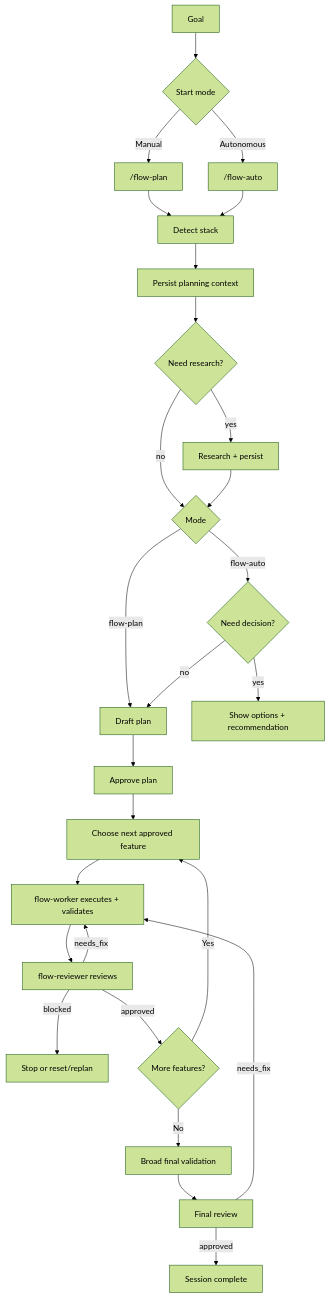
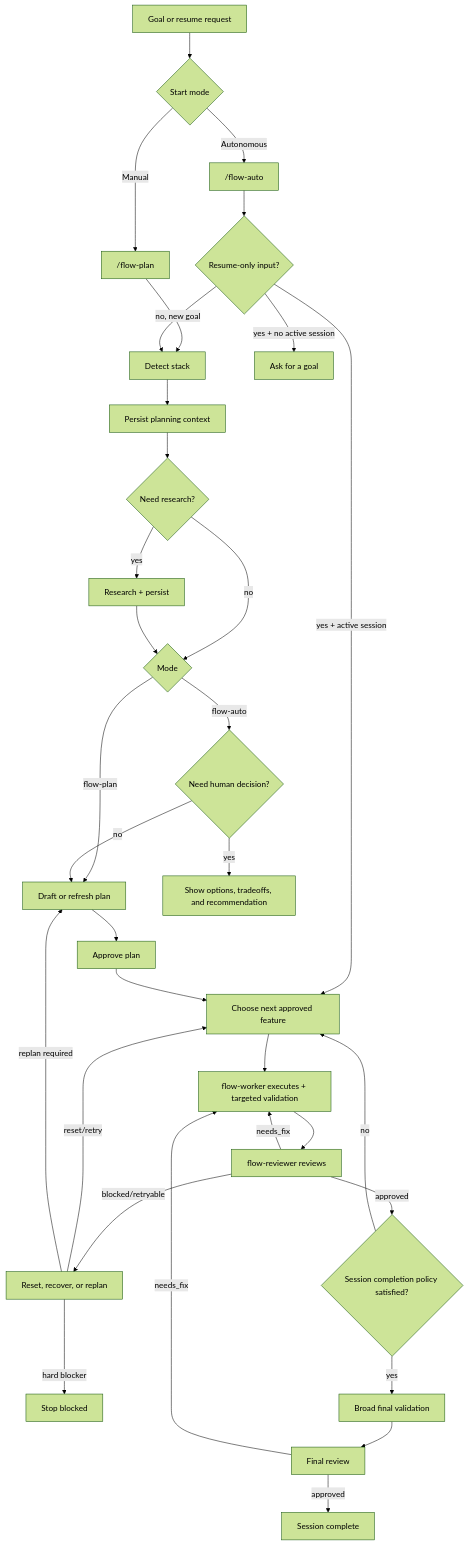
Before and after one commit to ddv1982/flow-opencode: the diagram in README.md, drawn with Mermaid (forest theme).

Commit message:
Keep Flow docs aligned with runtime behavior
The README Mermaid chart lagged behind the current runtime in a few important places: flow-auto resume-only entry, threshold-based session completion, and the blocked/reset/replan branch. This updates the diagram to match the current coordinator and runtime behavior without turning the README into an exhaustive state machine.

Constraint: README should stay readable for users while still reflecting canonical runtime behavior
Rejected: Leave the high-level chart unchanged | it now misleads users about resume and completion behavior
Rejected: Expand the chart to every recovery subtype | too detailed for README use
Confidence: high
Scope-risk: narrow
Reversibility: clean
Directive: Keep the README Mermaid flowchart synchronized with prompt/runtime behavior whenever coordinator or completion semantics change
Tested: bun run check
Not-tested: Mermaid rendering in GitHub UI

````diff
--- a/README.md
+++ b/README.md
@@ -138,29 +138,41 @@
 ```mermaid
 flowchart TD
-    A[Goal] --> B{Start mode}
+    A[Goal or resume request] --> B{Start mode}
     B -->|Manual| C["/flow-plan"]
     B -->|Autonomous| D["/flow-auto"]
+
     C --> E[Detect stack]
-    D --> E
+    D --> D1{Resume-only input?}
+    D1 -->|yes + active session| N
+    D1 -->|yes + no active session| D2[Ask for a goal]
+    D1 -->|no, new goal| E
+
     E --> F[Persist planning context]
     F --> G{Need research?}
     G -->|yes| H[Research + persist]
     G -->|no| I{Mode}
     H --> I
-    I -->|flow-plan| J[Draft plan]
-    I -->|flow-auto| K{Need decision?}
-    K -->|yes| L[Show options + recommendation]
+
+    I -->|flow-plan| J[Draft or refresh plan]
+    I -->|flow-auto| K{Need human decision?}
+    K -->|yes| L[Show options, tradeoffs, and recommendation]
     K -->|no| J
+
     J --> M[Approve plan]
     M --> N[Choose next approved feature]
-    N --> O[flow-worker executes + validates]
+    N --> O[flow-worker executes + targeted validation]
     O --> P[flow-reviewer reviews]
     P -->|needs_fix| O
-    P -->|blocked| Q[Stop or reset/replan]
-    P -->|approved| R{More features?}
-    R -->|Yes| N
-    R -->|No| S[Broad final validation]
+    P -->|blocked/retryable| Q[Reset, recover, or replan]
+    P -->|approved| R{Session completion policy satisfied?}
+
+    Q -->|reset/retry| N
+    Q -->|replan required| J
+    Q -->|hard blocker| X[Stop blocked]
+
+    R -->|no| N
+    R -->|yes| S[Broad final validation]
     S --> T[Final review]
     T -->|needs_fix| O
     T -->|approved| U[Session complete]
 ```
````
